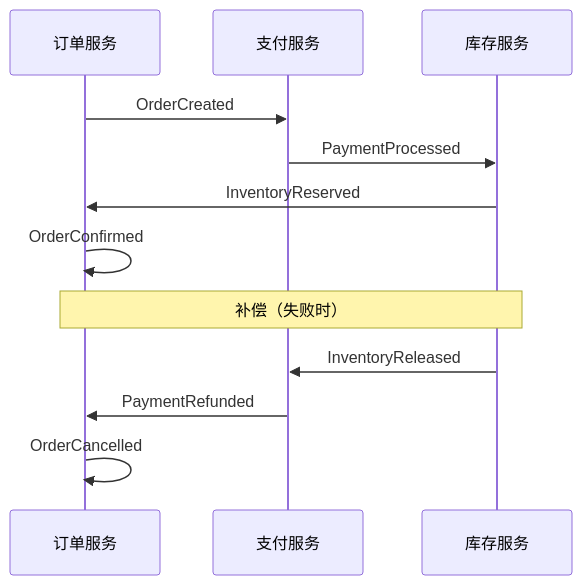
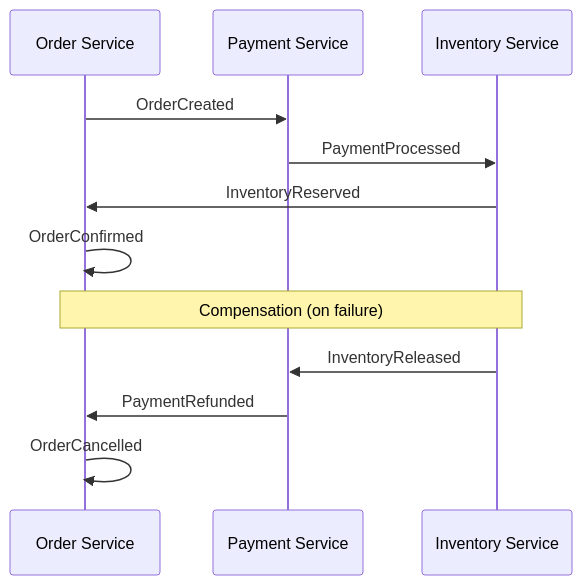
The second of 3 diagrams in references/architecture/architecture-anti-patterns.md (Kirky-X/diting), drawn with Mermaid before and after one commit. The commit also changed other lines of this file and 78 other files, not shown here.

````diff
--- a/references/architecture/architecture-anti-patterns.md
+++ b/references/architecture/architecture-anti-patterns.md
@@ -123,14 +123,14 @@
 ```mermaid
 sequenceDiagram
-    participant OS as 订单服务
-    participant PS as 支付服务
-    participant IS as 库存服务
+    participant OS as Order Service
+    participant PS as Payment Service
+    participant IS as Inventory Service
     OS->>PS: OrderCreated
     PS->>IS: PaymentProcessed
     IS->>OS: InventoryReserved
     OS->>OS: OrderConfirmed
-    Note over OS,IS: 补偿（失败时）
+    Note over OS,IS: Compensation (on failure)
     IS->>PS: InventoryReleased
     PS->>OS: PaymentRefunded
     OS->>OS: OrderCancelled
 ```
````
